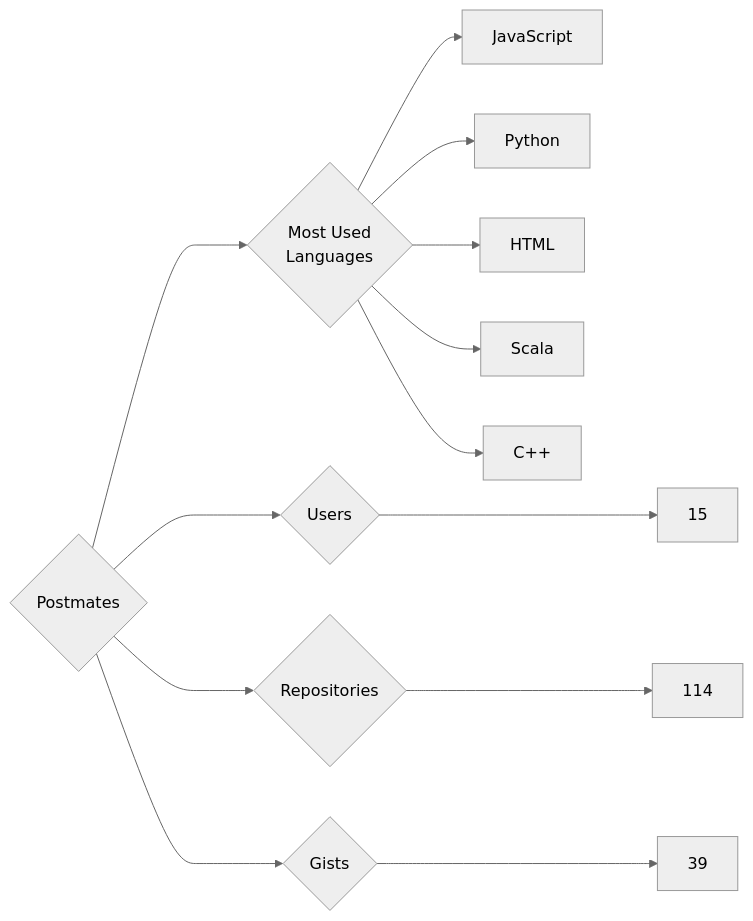
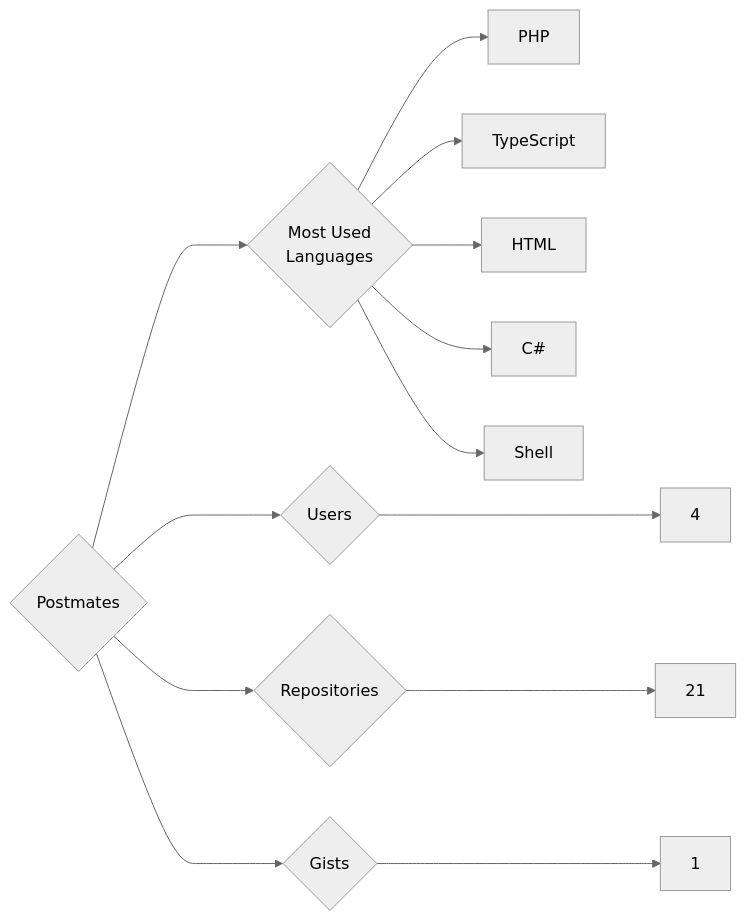
The diagram in targets/Postmates/README.md (trickest/insiders), drawn with Mermaid (neutral theme) before and after one commit. The commit also changed 912 other files, not shown here.

````diff
--- a/targets/Postmates/README.md
+++ b/targets/Postmates/README.md
@@ -3,13 +3,13 @@
 ```mermaid
 graph LR
 COMPANY_NAME{Postmates}
-COMPANY_NAME ---> U{Users} ---> UN[15]
-COMPANY_NAME ---> R{Repositories} ---> RN[114]
-COMPANY_NAME ---> G{Gists} ---> GN[39]
+COMPANY_NAME ---> U{Users} ---> UN[4]
+COMPANY_NAME ---> R{Repositories} ---> RN[21]
+COMPANY_NAME ---> G{Gists} ---> GN[1]
 COMPANY_NAME ---> ML{Most Used<br>Languages}
-ML --> JavaScript[JavaScript]
-ML --> Python[Python]
+ML --> PHP[PHP]
+ML --> TypeScript[TypeScript]
 ML --> HTML[HTML]
-ML --> Scala[Scala]
-ML --> C++[C++]
+ML --> C#[C#]
+ML --> Shell[Shell]
 ```
````
